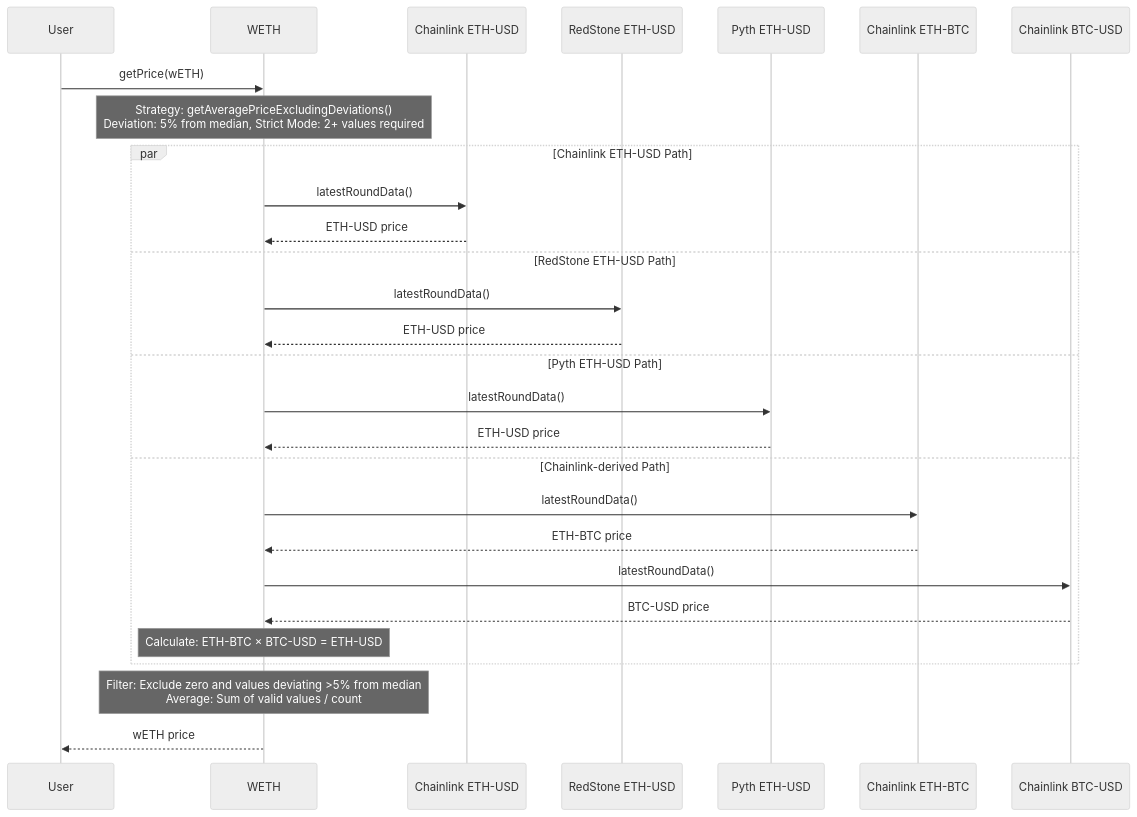
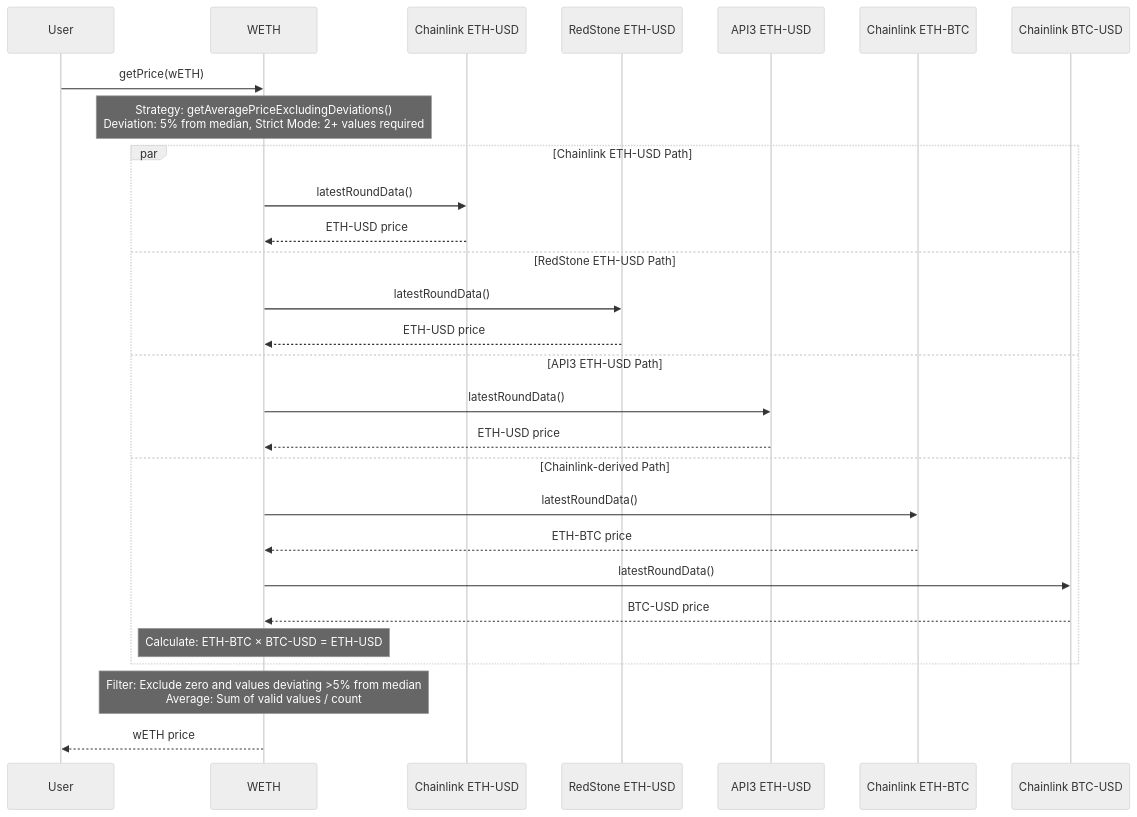
The first of 3 diagrams in documentation/price.md (OlympusDAO/olympus-v3), drawn with Mermaid (neutral theme) before and after one commit. The commit also changed other lines of this file and 7 other files, not shown here.

Commit message:
docs(price): replace Pyth feeds with API3

````diff
--- a/documentation/price.md
+++ b/documentation/price.md
@@ -175,34 +151,34 @@
 ```mermaid
 sequenceDiagram
     participant User
     participant WETH
     participant CL_ETH as Chainlink ETH-USD
     participant RS_ETH as RedStone ETH-USD
-    participant Pyth_ETH as Pyth ETH-USD
+    participant API3_ETH as API3 ETH-USD
     participant CL_ETHBTC as Chainlink ETH-BTC
     participant CL_BTCUSD as Chainlink BTC-USD
 
     User->>WETH: getPrice(wETH)
 
     Note over WETH: Strategy: getAveragePriceExcludingDeviations()<br/>Deviation: 5% from median, Strict Mode: 2+ values required
 
     par Chainlink ETH-USD Path
         WETH->>CL_ETH: latestRoundData()
         CL_ETH-->>WETH: ETH-USD price
     and RedStone ETH-USD Path
         WETH->>RS_ETH: latestRoundData()
         RS_ETH-->>WETH: ETH-USD price
-    and Pyth ETH-USD Path
-        WETH->>Pyth_ETH: latestRoundData()
-        Pyth_ETH-->>WETH: ETH-USD price
+    and API3 ETH-USD Path
+        WETH->>API3_ETH: latestRoundData()
+        API3_ETH-->>WETH: ETH-USD price
     and Chainlink-derived Path
         WETH->>CL_ETHBTC: latestRoundData()
         CL_ETHBTC-->>WETH: ETH-BTC price
         WETH->>CL_BTCUSD: latestRoundData()
         CL_BTCUSD-->>WETH: BTC-USD price
         Note over WETH: Calculate: ETH-BTC × BTC-USD = ETH-USD
     end
 
     Note over WETH: Filter: Exclude zero and values deviating >5% from median<br/>Average: Sum of valid values / count
     WETH-->>User: wETH price
 ```
````
